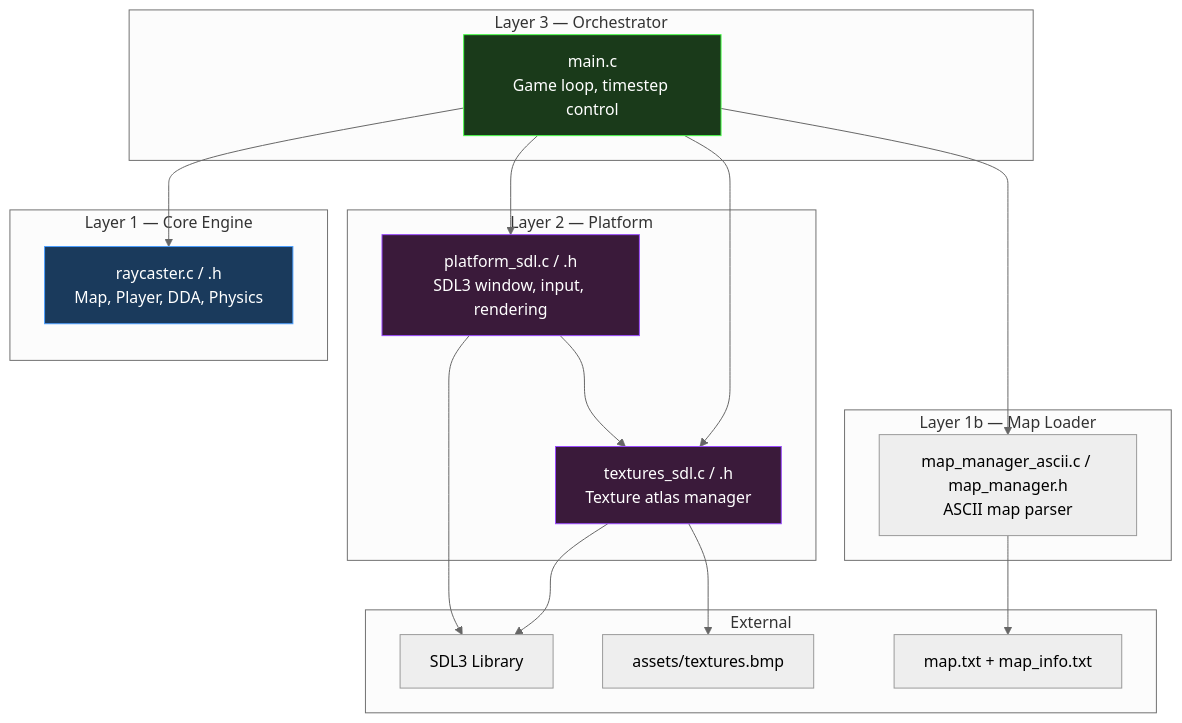
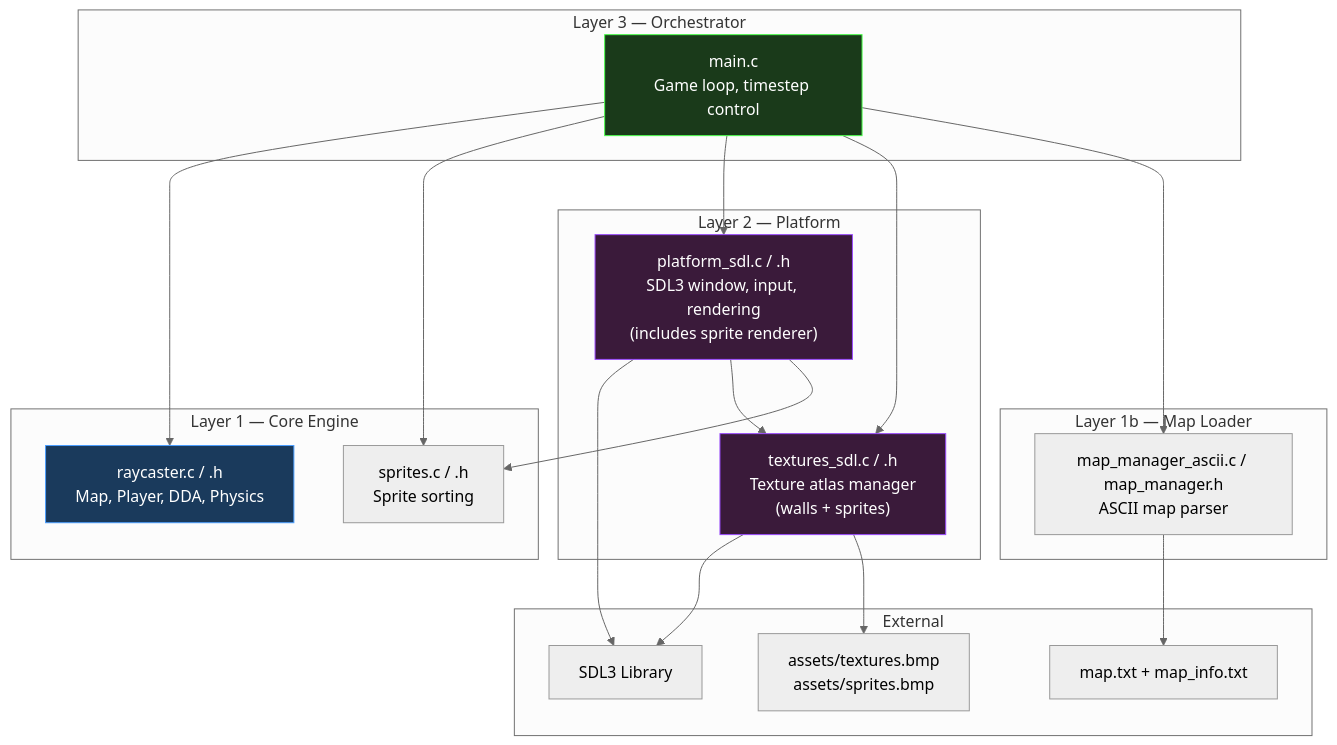
One commit to seanhodges/simple-3d-raycaster-game changed the first of 5 diagrams in docs/ARCHITECTURE.md. Above: the diagram before and after it, drawn with Mermaid (neutral theme). The commit also changed other lines of this file and 13 other files, not shown here.

````diff
--- a/docs/ARCHITECTURE.md
+++ b/docs/ARCHITECTURE.md
@@ -25,40 +25,43 @@
 ```mermaid
 graph TB
     subgraph "Layer 3 — Orchestrator"
         MAIN["main.c<br/>Game loop, timestep control"]
     end
 
     subgraph "Layer 1 — Core Engine"
         RC["raycaster.c / .h<br/>Map, Player, DDA, Physics"]
+        SPR["sprites.c / .h<br/>Sprite sorting"]
     end
 
     subgraph "Layer 2 — Platform"
-        PLAT["platform_sdl.c / .h<br/>SDL3 window, input, rendering"]
-        TEX["textures_sdl.c / .h<br/>Texture atlas manager"]
+        PLAT["platform_sdl.c / .h<br/>SDL3 window, input, rendering<br/>(includes sprite renderer)"]
+        TEX["textures_sdl.c / .h<br/>Texture atlas manager<br/>(walls + sprites)"]
     end
 
     subgraph "External"
         SDL3["SDL3 Library"]
         MAP["map.txt + map_info.txt"]
-        BMP["assets/textures.bmp"]
+        BMP["assets/textures.bmp<br/>assets/sprites.bmp"]
     end
 
     MAIN --> RC
+    MAIN --> SPR
     MAIN --> PLAT
     MAIN --> TEX
     PLAT --> SDL3
     PLAT --> TEX
+    PLAT --> SPR
     TEX --> SDL3
     TEX --> BMP
     subgraph "Layer 1b — Map Loader"
         MAPMOD["map_manager_ascii.c / map_manager.h<br/>ASCII map parser"]
     end
 
     MAIN --> MAPMOD
     MAPMOD --> MAP
 
     style RC fill:#1a3a5c,stroke:#4a9eff,color:#fff
     style PLAT fill:#3a1a3a,stroke:#9a4aff,color:#fff
     style TEX fill:#3a1a3a,stroke:#9a4aff,color:#fff
     style MAIN fill:#1a3a1a,stroke:#4aff4a,color:#fff
 ```
````
